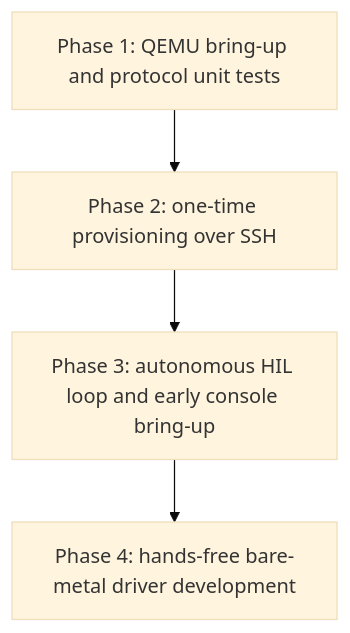
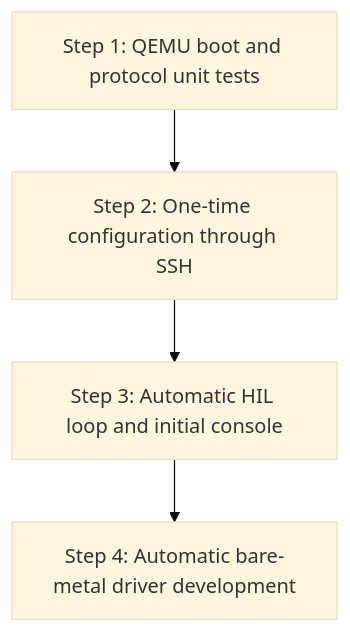
Before and after one commit to Deniz-Eren/microkernel: the diagram in docs/60-verification/hil-testing.md, drawn with Mermaid (base theme). The commit also changed other lines of this file and 151 other files, not shown here.

````diff
--- a/docs/60-verification/hil-testing.md
+++ b/docs/60-verification/hil-testing.md
@@ -42,10 +42,10 @@
 ```mermaid
 flowchart TD
-    P1["Phase 1: QEMU bring-up and protocol unit tests"]
-    P2["Phase 2: one-time provisioning over SSH"]
-    P3["Phase 3: autonomous HIL loop and early console bring-up"]
-    P4["Phase 4: hands-free bare-metal driver development"]
+    P1["Step 1: QEMU boot and protocol unit tests"]
+    P2["Step 2: One-time configuration through SSH"]
+    P3["Step 3: Automatic HIL loop and initial console"]
+    P4["Step 4: Automatic bare-metal driver development"]
     P1 --> P2
     P2 --> P3
     P3 --> P4
 ```
````
